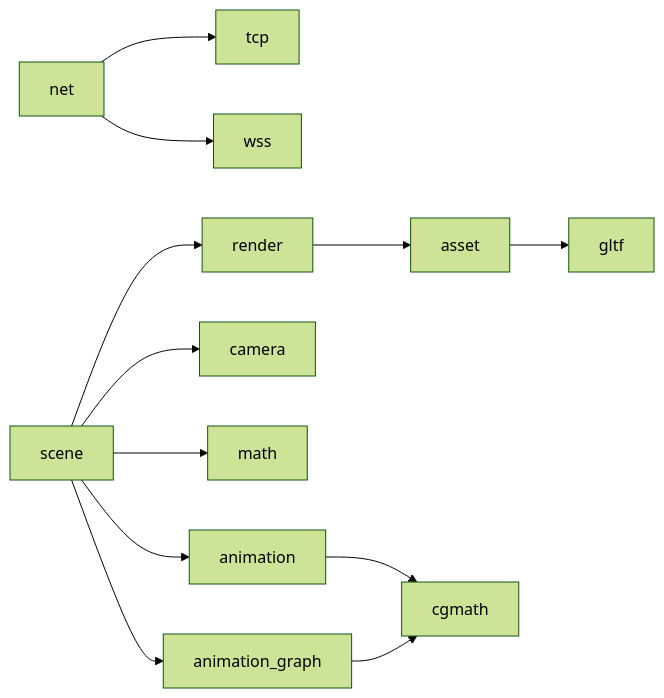
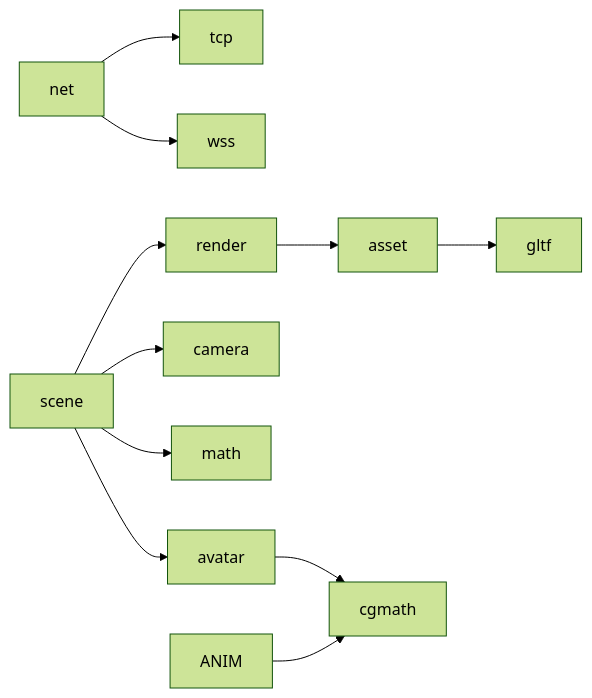
One commit to qianqians/geese changed the sixth of 6 diagrams in .qoder/repowiki/zh/content/扩展开发.md. Above: the diagram before and after it, drawn with Mermaid (forest theme). The commit also changed other lines of this file and 18 other files, not shown here.

````diff
--- a/.qoder/repowiki/zh/content/扩展开发.md
+++ b/.qoder/repowiki/zh/content/扩展开发.md
@@ -389,14 +412,13 @@
 ```mermaid
 graph LR
 NET["net"] --> TCP["tcp"]
 NET --> WSS["wss"]
 SCENE["scene"] --> RENDER["render"]
 RENDER --> ASSET["asset"]
 SCENE --> CAMERA["camera"]
 SCENE --> MATH["math"]
-SCENE --> ANIM["animation"]
-SCENE --> ANIM_GRAPH["animation_graph"]
-ANIM --> CGMATH["cgmath"]
-ANIM_GRAPH --> CGMATH
+SCENE --> AVATAR["avatar"]
+AVATAR --> CGMATH["cgmath"]
+ANIM --> CGMATH
 ASSET --> GLTF["gltf"]
 ```
````
